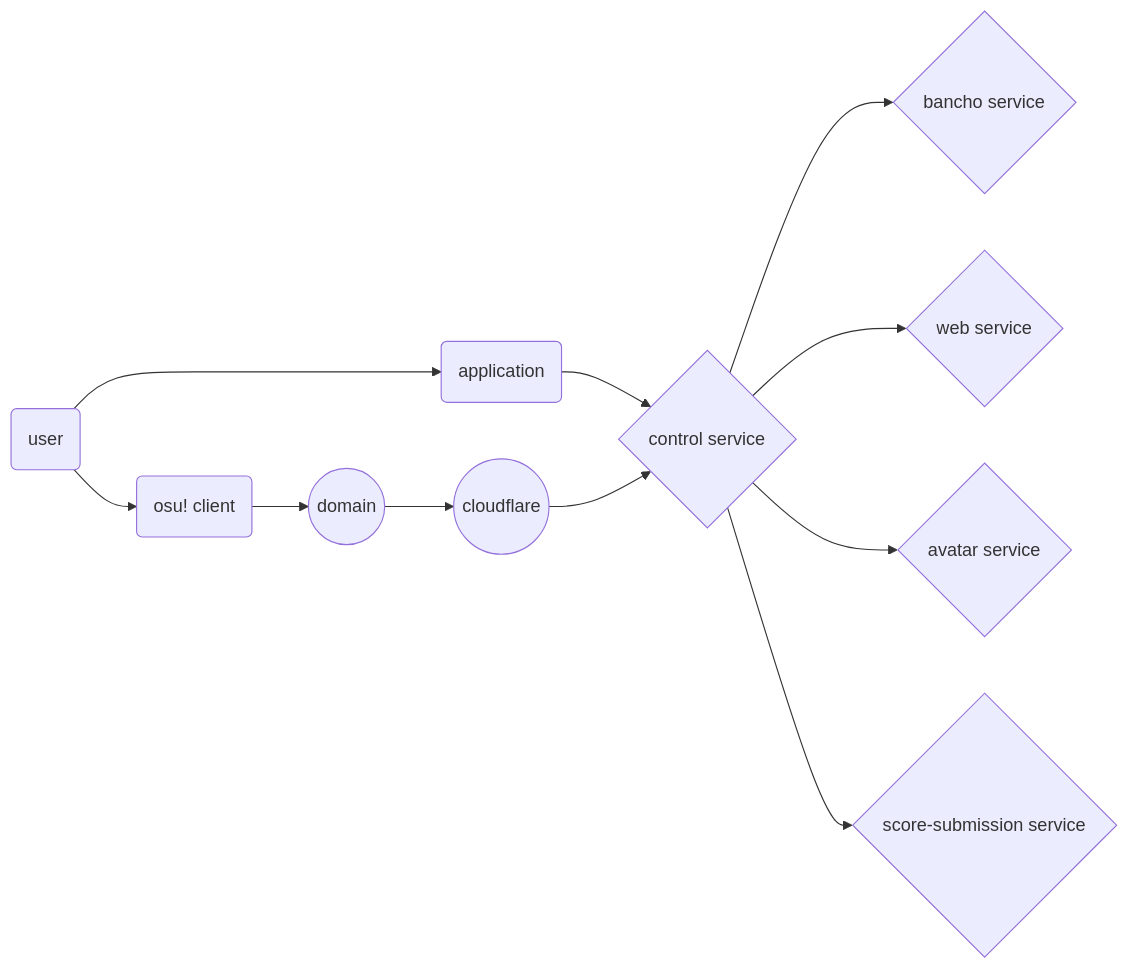
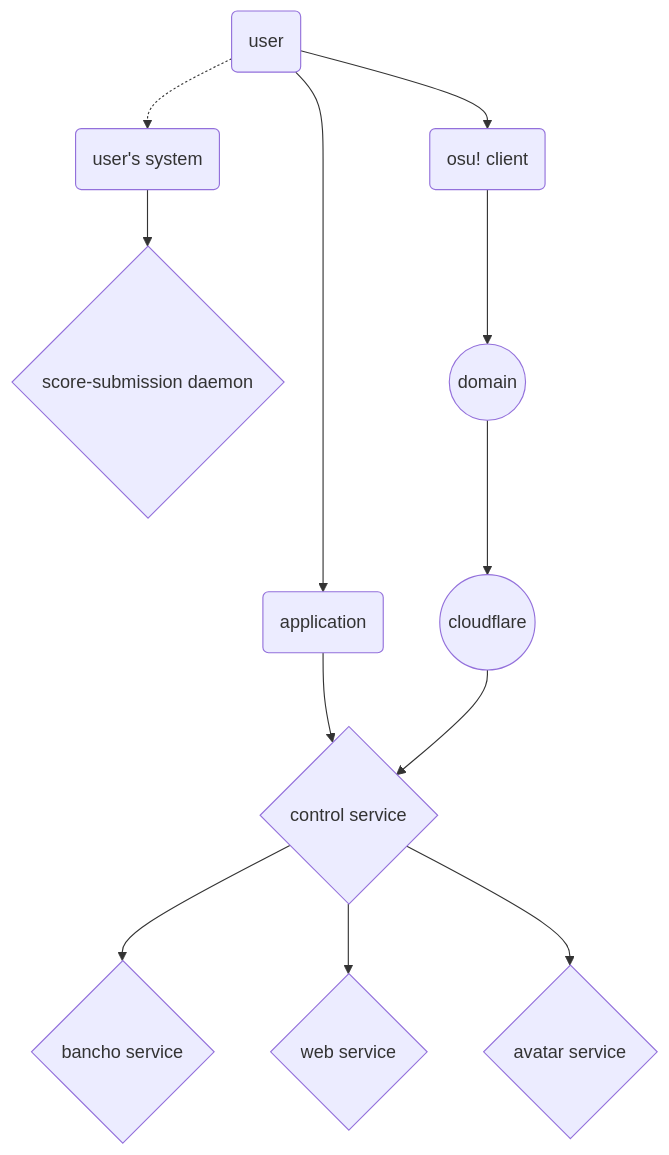
One commit to jeevanjohnson/local-osu-server changed the first of 2 diagrams in README.md. Above: the diagram before and after it, drawn with Mermaid.

Commit message:
expanded on the design idea

````diff
--- a/README.md
+++ b/README.md
@@ -8,23 +8,26 @@
 ```mermaid
-flowchart LR
+flowchart TB
 USER(user)
+USER_SYSTEM(user's system)
 APPLICATION(application)
 OSU_CLIENT(osu! client)
 BANCHO_SERVICE{bancho service}
 WEB_SERVICE{web service}
 AVATAR_SERVICE{avatar service}
 CONTROL_POINT{control service}
-SCORE_SUBMISSION_SERVICE{score-submission service}
+SCORE_SUBMISSION_SERVICE{score-submission daemon}
 DOMAIN((domain))
 CLOUD_FLARE((cloudflare))
 
 %% =================================
+USER -.-> USER_SYSTEM
+
 USER --> APPLICATION --> CONTROL_POINT
+USER_SYSTEM --> SCORE_SUBMISSION_SERVICE
 
 USER --> OSU_CLIENT --> DOMAIN --> CLOUD_FLARE  --> CONTROL_POINT
 
 CONTROL_POINT --> BANCHO_SERVICE
 CONTROL_POINT --> WEB_SERVICE
 CONTROL_POINT --> AVATAR_SERVICE
-CONTROL_POINT --> SCORE_SUBMISSION_SERVICE
 ```
````
